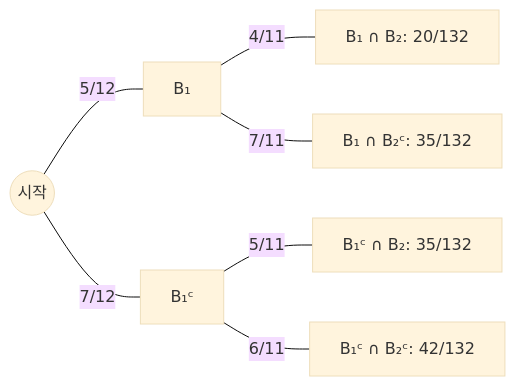
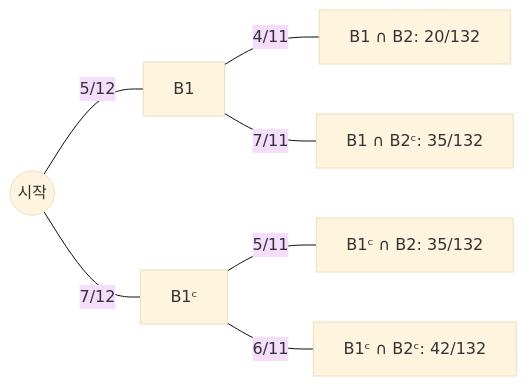
One commit to Choroning/25Fall_Discrete-Mathematics changed the ninth of 10 diagrams in Lecture-Notes/Ch09_Counting-and-Probability/Concepts_Lecture.ko.md. Above: the diagram before and after it, drawn with Mermaid (base theme). The commit also changed other lines of this file and 37 other files, not shown here.

````diff
--- a/Lecture-Notes/Ch09_Counting-and-Probability/Concepts_Lecture.ko.md
+++ b/Lecture-Notes/Ch09_Counting-and-Probability/Concepts_Lecture.ko.md
@@ -1576,9 +1578,9 @@
 ```mermaid
 graph LR
-    S(("시작")) ---|"5/12"| B1["B₁"]
-    S ---|"7/12"| N1["B₁ᶜ"]
-    B1 ---|"4/11"| L1["B₁ ∩ B₂: 20/132"]
-    B1 ---|"7/11"| L2["B₁ ∩ B₂ᶜ: 35/132"]
-    N1 ---|"5/11"| L3["B₁ᶜ ∩ B₂: 35/132"]
-    N1 ---|"6/11"| L4["B₁ᶜ ∩ B₂ᶜ: 42/132"]
+    S(("시작")) ---|"5/12"| B1["B1"]
+    S ---|"7/12"| N1["B1ᶜ"]
+    B1 ---|"4/11"| L1["B1 ∩ B2: 20/132"]
+    B1 ---|"7/11"| L2["B1 ∩ B2ᶜ: 35/132"]
+    N1 ---|"5/11"| L3["B1ᶜ ∩ B2: 35/132"]
+    N1 ---|"6/11"| L4["B1ᶜ ∩ B2ᶜ: 42/132"]
 ```
````
